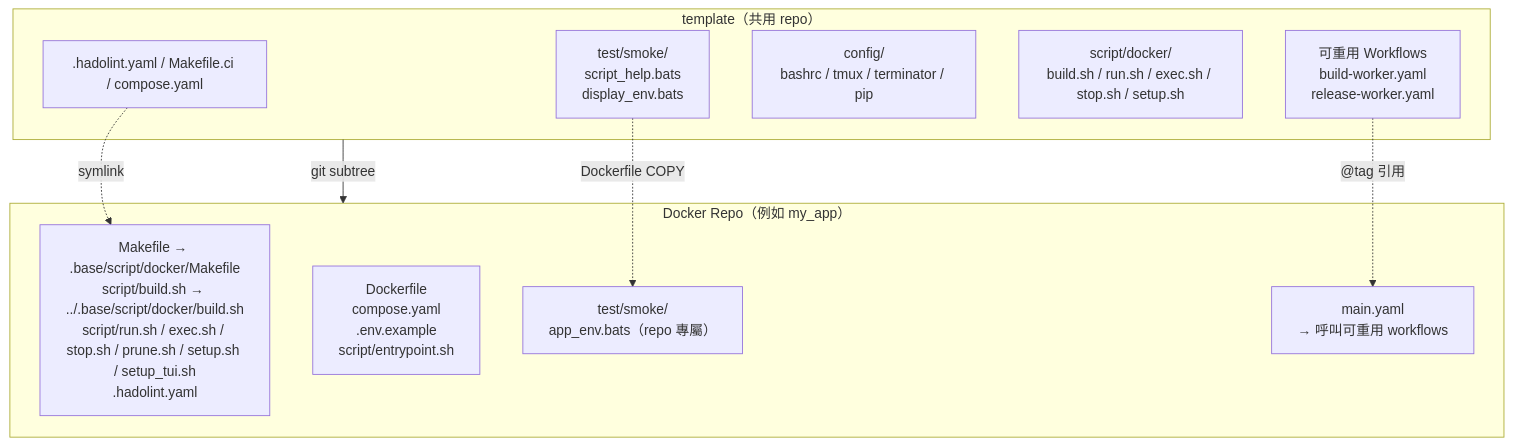
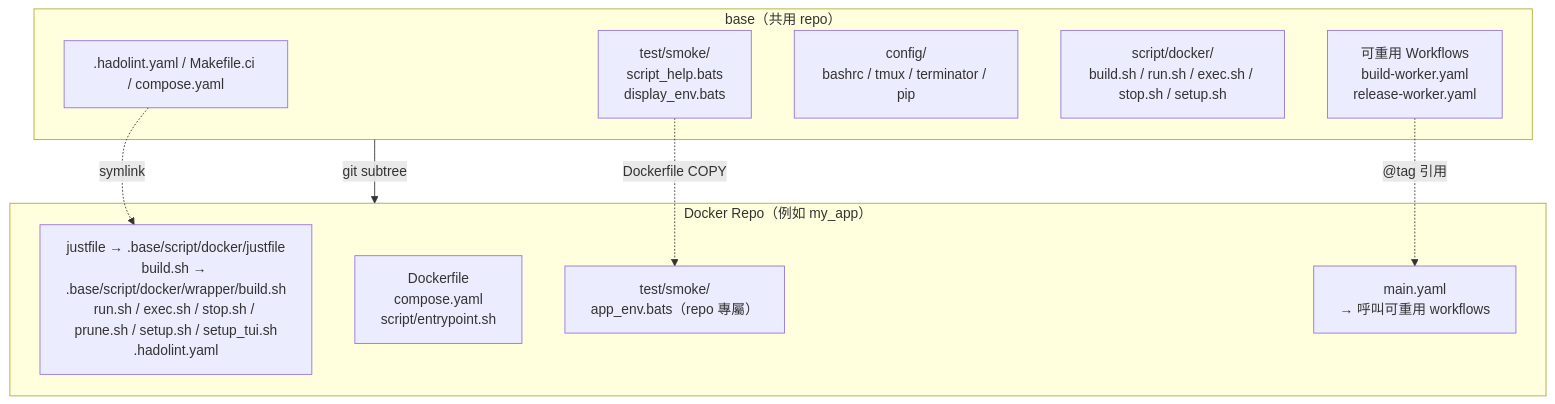
The first of 2 diagrams in .base/doc/readme/README.zh-TW.md (ycpss91255-docker/isaac), drawn with Mermaid before and after one commit. The commit also changed other lines of this file and 69 other files, not shown here.

First line of the commit message:
chore(base): upgrade .base subtree v0.40.0 -> v0.41.0 (make->just, runtime.env retired) (#124)

````diff
--- a/.base/doc/readme/README.zh-TW.md
+++ b/.base/doc/readme/README.zh-TW.md
@@ -56,22 +56,22 @@
 ```mermaid
 graph TB
-    subgraph template["template（共用 repo）"]
+    subgraph base["base（共用 repo）"]
         scripts[".hadolint.yaml / Makefile.ci / compose.yaml"]
         smoke["test/smoke/<br/>script_help.bats<br/>display_env.bats"]
         config["config/<br/>bashrc / tmux / terminator / pip"]
         mgmt["script/docker/<br/>build.sh / run.sh / exec.sh / stop.sh / setup.sh"]
         workflows["可重用 Workflows<br/>build-worker.yaml<br/>release-worker.yaml"]
     end
 
     subgraph consumer["Docker Repo（例如 my_app）"]
-        symlinks["Makefile → .base/script/docker/Makefile<br/>script/build.sh → ../.base/script/docker/build.sh<br/>script/run.sh / exec.sh / stop.sh / prune.sh / setup.sh / setup_tui.sh<br/>.hadolint.yaml"]
-        dockerfile["Dockerfile<br/>compose.yaml<br/>.env.example<br/>script/entrypoint.sh"]
+        symlinks["justfile → .base/script/docker/justfile<br/>build.sh → .base/script/docker/wrapper/build.sh<br/>run.sh / exec.sh / stop.sh / prune.sh / setup.sh / setup_tui.sh<br/>.hadolint.yaml"]
+        dockerfile["Dockerfile<br/>compose.yaml<br/>script/entrypoint.sh"]
         repo_test["test/smoke/<br/>app_env.bats（repo 專屬）"]
         main_yaml["main.yaml<br/>→ 呼叫可重用 workflows"]
     end
 
-    template -- "git subtree" --> consumer
+    base -- "git subtree" --> consumer
     scripts -. "symlink" .-> symlinks
     smoke -. "Dockerfile COPY" .-> repo_test
     workflows -. "@tag 引用" .-> main_yaml
 ```
````
